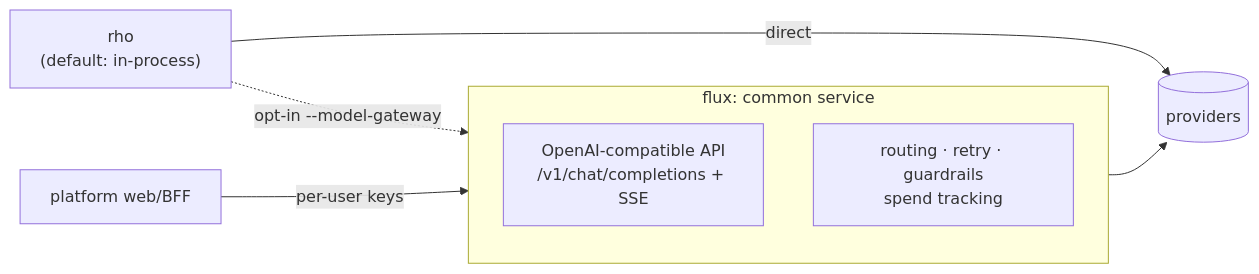
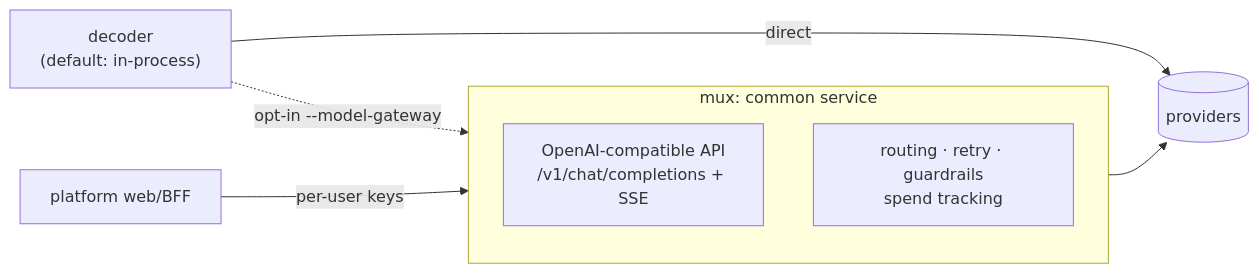
The second of 2 diagrams in docs/design/three-repo-architecture.md (GrayCodeAI/reflect), drawn with Mermaid before and after one commit. The commit also changed other lines of this file and 1382 other files, not shown here.

Commit message:
refactor: rename Rho to Decoder and integrate renamed Mux

````diff
--- a/docs/design/three-repo-architecture.md
+++ b/docs/design/three-repo-architecture.md
@@ -42,11 +42,11 @@
 ```mermaid
 flowchart LR
-    CLI2["rho\n(default: in-process)"] -. "opt-in --model-gateway" .-> GW
+    CLI2["decoder\n(default: in-process)"] -. "opt-in --model-gateway" .-> GW
     WEB2["platform web/BFF"] -->|per-user keys| GW
-    subgraph GW["flux: common service"]
+    subgraph GW["mux: common service"]
         API["OpenAI-compatible API\n/v1/chat/completions + SSE"]
         POL["routing · retry · guardrails\nspend tracking"]
     end
     GW --> PROV[(providers)]
     CLI2 -->|direct| PROV
 ```
````
